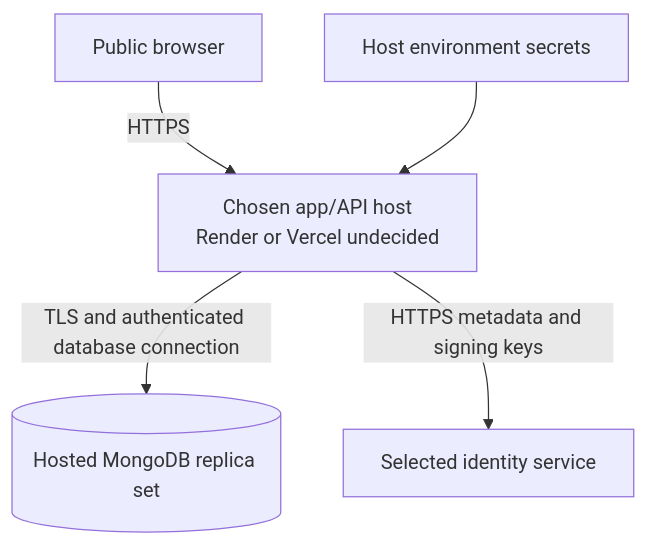
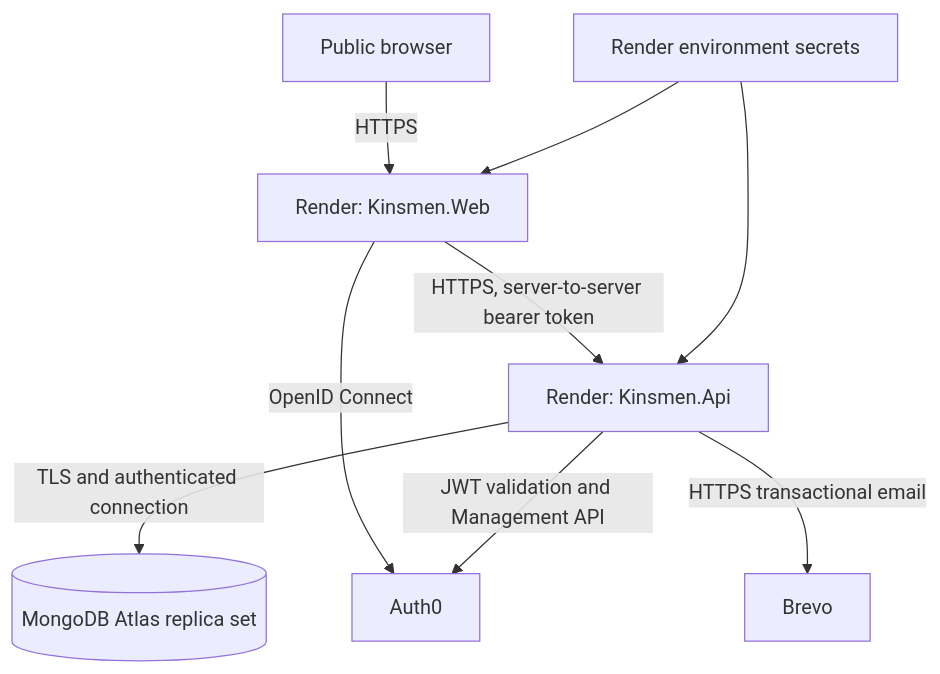
Before and after one commit to Kaehil-I/kinsmen-barbershop: the seventh of 7 diagrams in docs/backend/ARCHITECTURE.md, drawn with Mermaid. The commit also changed other lines of this file and 1 other file, not shown here.

Commit message:
docs(part2): align architecture evidence with deployed system
Replace stale integration-pending and host-undecided statements with the implemented MongoDB Atlas, Auth0, Render, Brevo and GitHub Actions architecture. Keep final live verification actions explicit for submission evidence.

````diff
--- a/docs/backend/ARCHITECTURE.md
+++ b/docs/backend/ARCHITECTURE.md
@@ -248,7 +248,11 @@
 ```mermaid
 flowchart TB
-    Browser[Public browser] -->|HTTPS| App[Chosen app/API host\nRender or Vercel undecided]
-    App -->|TLS and authenticated database connection| Mongo[(Hosted MongoDB replica set)]
-    App -->|HTTPS metadata and signing keys| Identity[Selected identity service]
-    Env[Host environment secrets] --> App
+    Browser[Public browser] -->|HTTPS| Web[Render: Kinsmen.Web]
+    Web -->|HTTPS, server-to-server bearer token| Api[Render: Kinsmen.Api]
+    Api -->|TLS and authenticated connection| Mongo[(MongoDB Atlas replica set)]
+    Web -->|OpenID Connect| Identity[Auth0]
+    Api -->|JWT validation and Management API| Identity
+    Api -->|HTTPS transactional email| Brevo[Brevo]
+    Env[Render environment secrets] --> Web
+    Env --> Api
 ```
````
